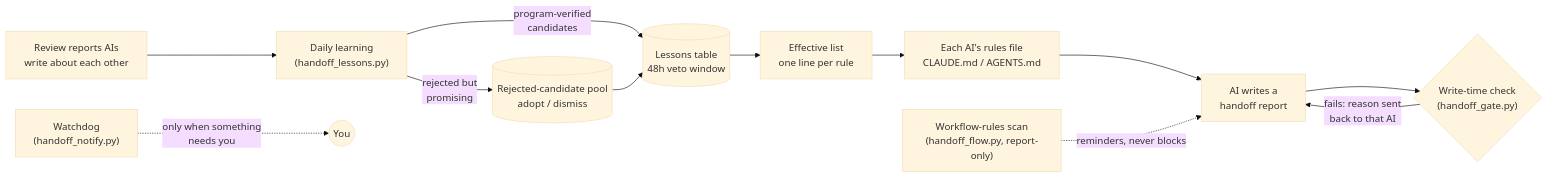
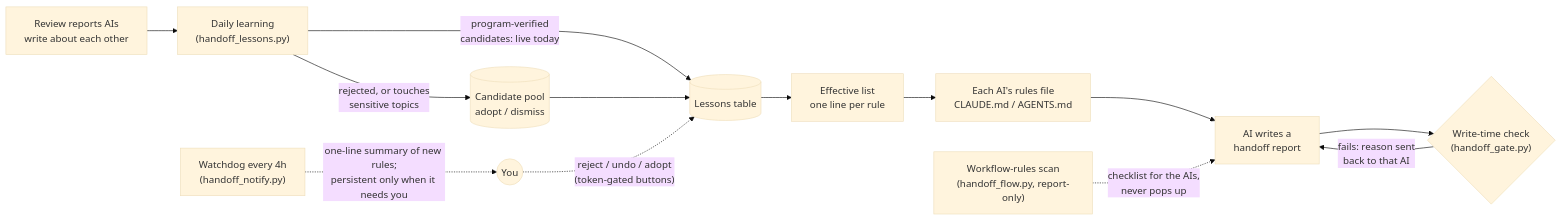
Before and after one commit to Wyk915501/self-improving-handoffs: the diagram in README.md, drawn with Mermaid (base theme). The commit also changed other lines of this file and 33 other files, not shown here.

````diff
--- a/README.md
+++ b/README.md
@@ -26,14 +26,15 @@
 ```mermaid
 flowchart LR
     A["AI writes a<br/>handoff report"] --> B{"Write-time check<br/>(handoff_gate.py)"}
     B -- "fails: reason sent<br/>back to that AI" --> A
     C["Review reports AIs<br/>write about each other"] --> D["Daily learning<br/>(handoff_lessons.py)"]
-    D -- "program-verified<br/>candidates" --> E[("Lessons table<br/>48h veto window")]
-    D -- "rejected but<br/>promising" --> P[("Rejected-candidate pool<br/>adopt / dismiss")]
+    D -- "program-verified<br/>candidates: live today" --> E[("Lessons table")]
+    D -- "rejected, or touches<br/>sensitive topics" --> P[("Candidate pool<br/>adopt / dismiss")]
     E --> F["Effective list<br/>one line per rule"]
     P --> E
     F --> G["Each AI's rules file<br/>CLAUDE.md / AGENTS.md"]
     G --> A
-    H["Watchdog<br/>(handoff_notify.py)"] -. "only when something<br/>needs you" .-> I(("You"))
-    J["Workflow-rules scan<br/>(handoff_flow.py, report-only)"] -. "reminders, never blocks" .-> A
+    H["Watchdog every 4h<br/>(handoff_notify.py)"] -. "one-line summary of new rules;<br/>persistent only when it needs you" .-> I(("You"))
+    I -. "reject / undo / adopt<br/>(token-gated buttons)" .-> E
+    J["Workflow-rules scan<br/>(handoff_flow.py, report-only)"] -. "checklist for the AIs,<br/>never pops up" .-> A
 ```
````
